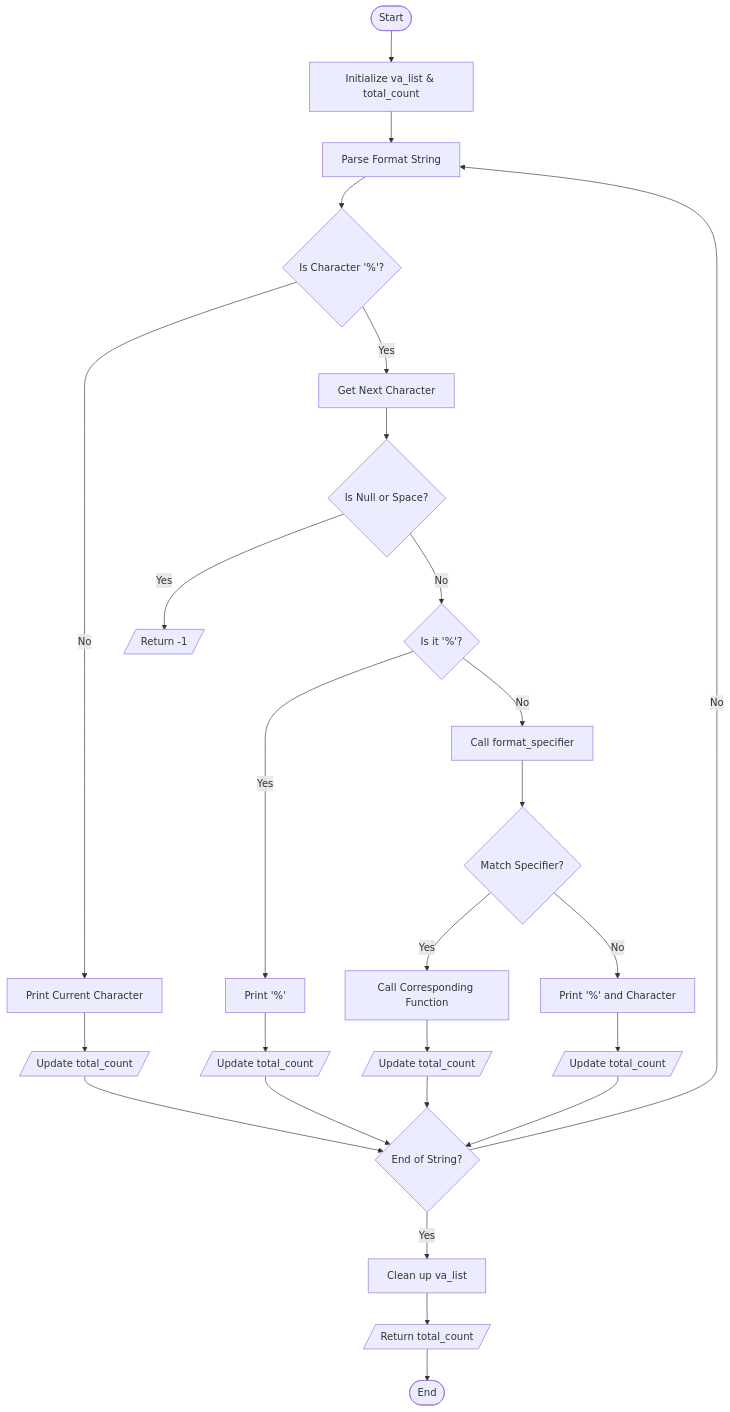
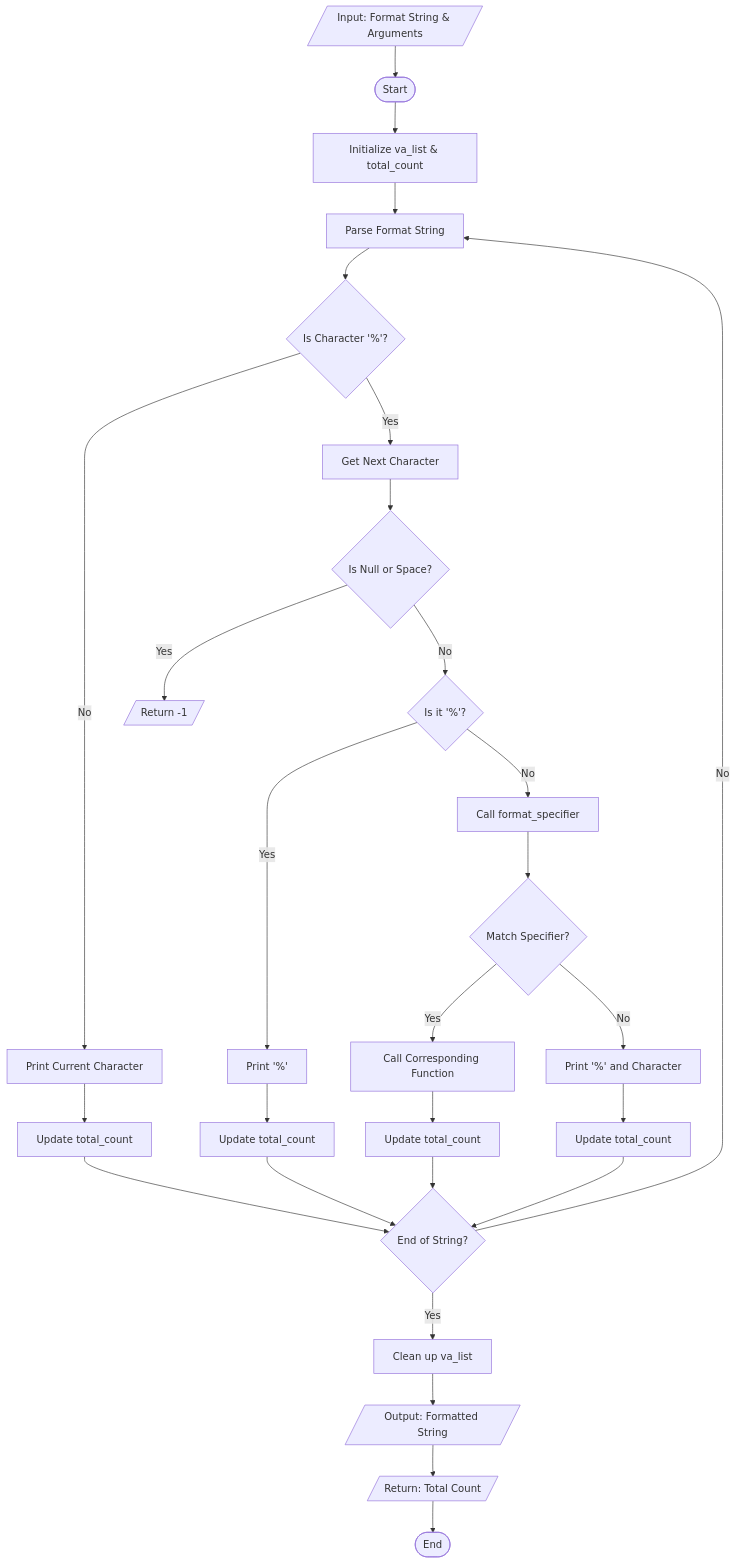
The diagram in README.md (neodwin/holbertonschool-printf), drawn with Mermaid before and after one commit.

Commit message:
Update flowchart README

````diff
--- a/README.md
+++ b/README.md
@@ -100,36 +100,38 @@
 ```mermaid
 flowchart TD
-    Start([Start]) --> Init[Initialize va_list & total_count]
+    Input[/"Input: Format String & Arguments"/] --> Start([Start])
+    Start --> Init[Initialize va_list & total_count]
     Init --> ParseString[Parse Format String]
     ParseString --> CheckChar{Is Character '%'?}
     
     CheckChar -->|No| PrintChar[Print Current Character]
-    PrintChar --> UpdateCount1[/Update total_count/]
+    PrintChar --> UpdateCount1[Update total_count]
     
     CheckChar -->|Yes| NextChar[Get Next Character]
     NextChar --> CheckNull{Is Null or Space?}
     CheckNull -->|Yes| ReturnError[/Return -1/]
     
     CheckNull -->|No| CheckPercent{Is it '%'?}
     CheckPercent -->|Yes| PrintPercent[Print '%']
-    PrintPercent --> UpdateCount2[/Update total_count/]
+    PrintPercent --> UpdateCount2[Update total_count]
     
     CheckPercent -->|No| FormatSpec[Call format_specifier]
     FormatSpec --> FindSpec{Match Specifier?}
     
     FindSpec -->|Yes| CallFunc[Call Corresponding Function]
-    CallFunc --> UpdateCount3[/Update total_count/]
+    CallFunc --> UpdateCount3[Update total_count]
     
     FindSpec -->|No| PrintBoth[Print '%' and Character]
-    PrintBoth --> UpdateCount4[/Update total_count/]
+    PrintBoth --> UpdateCount4[Update total_count]
     
     UpdateCount1 --> Continue{End of String?}
     UpdateCount2 --> Continue
     UpdateCount3 --> Continue
     UpdateCount4 --> Continue
     
     Continue -->|No| ParseString
     Continue -->|Yes| CleanUp[Clean up va_list]
-    CleanUp --> ReturnCount[/Return total_count/]
+    CleanUp --> FinalOutput[/"Output: Formatted String"/]
+    FinalOutput --> ReturnCount[/"Return: Total Count"/]
     ReturnCount --> End([End])
 ```
````
